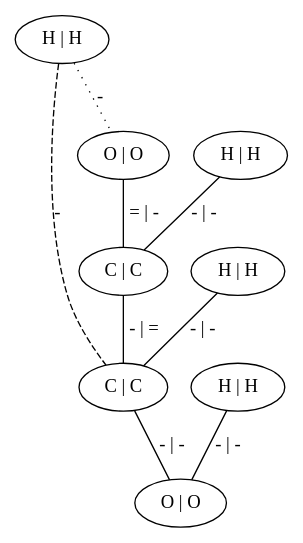
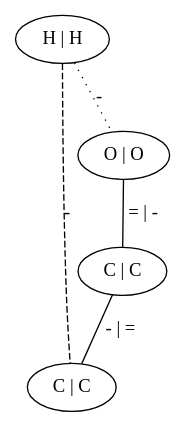
The diagram in assignment2/Option1_Atom-Atom/out/003_r_0_combined.dot (lazh01/keminf2), drawn with Graphviz before and after one commit. The commit also changed 124 other files, not shown here.

```diff
--- a/assignment2/Option1_Atom-Atom/out/003_r_0_combined.dot
+++ b/assignment2/Option1_Atom-Atom/out/003_r_0_combined.dot
@@ -1,18 +1,10 @@
 graph G {
-	0 [ label="O | O" ]
+	0 [ label="C | C" ]
 	1 [ label="C | C" ]
-	2 [ label="C | C" ]
-	3 [ label="O | O" ]
-	4 [ label="H | H" ]
-	5 [ label="H | H" ]
-	6 [ label="H | H" ]
-	7 [ label="H | H" ]
-	1 -- 0 [ label="- | -" ]
-	2 -- 1 [ label="- | =" ]
-	3 -- 2 [ label="= | -" ]
-	4 -- 0 [ label="- | -" ]
-	5 -- 1 [ label="- | -" ]
-	6 -- 1 [ style=dashed label="-" ]
-	7 -- 2 [ label="- | -" ]
-	6 -- 3 [ style=dotted label="-" ]
+	2 [ label="O | O" ]
+	3 [ label="H | H" ]
+	1 -- 0 [ label="- | =" ]
+	2 -- 1 [ label="= | -" ]
+	3 -- 0 [ style=dashed label="-" ]
+	3 -- 2 [ style=dotted label="-" ]
 }
```
